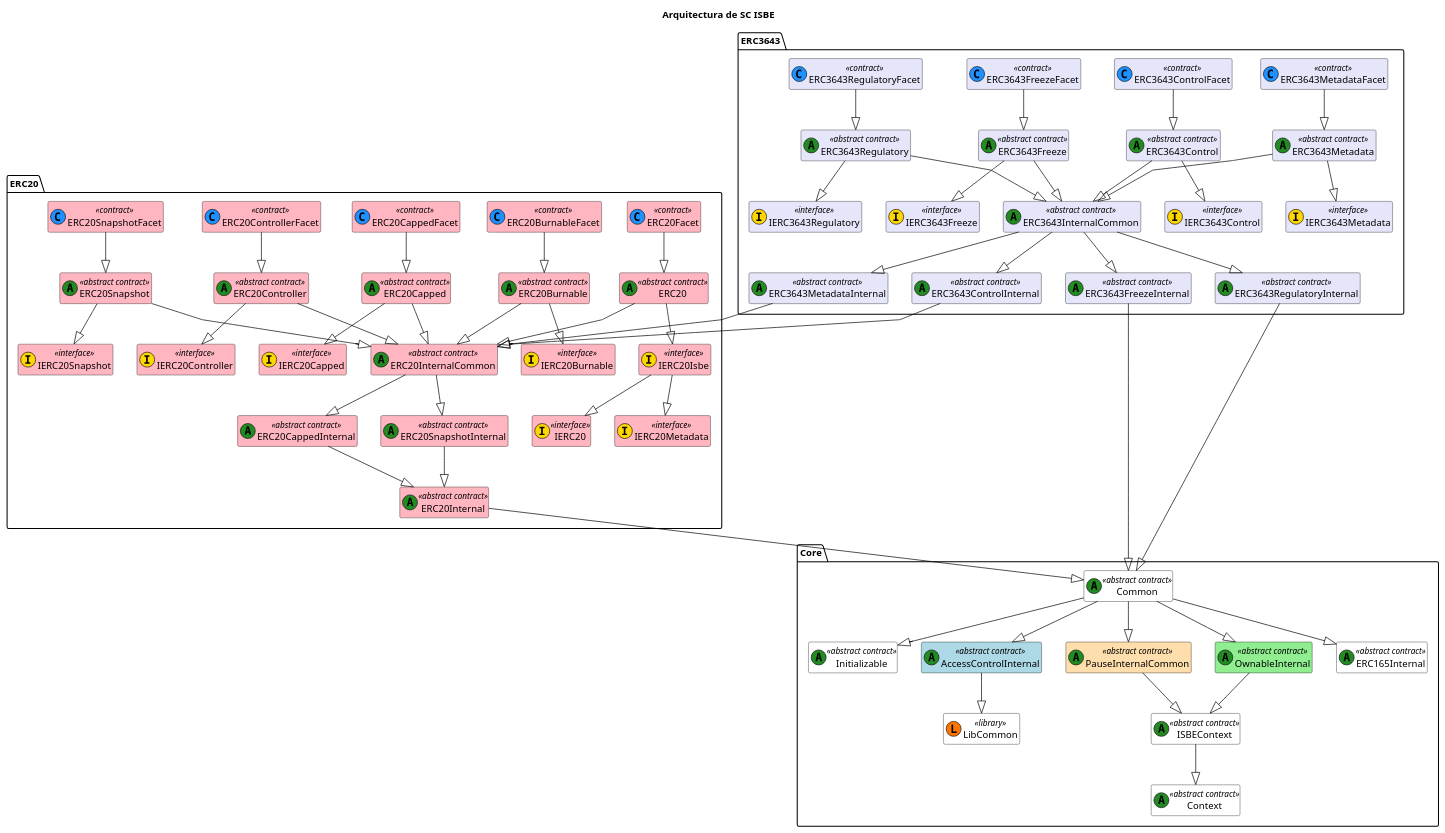
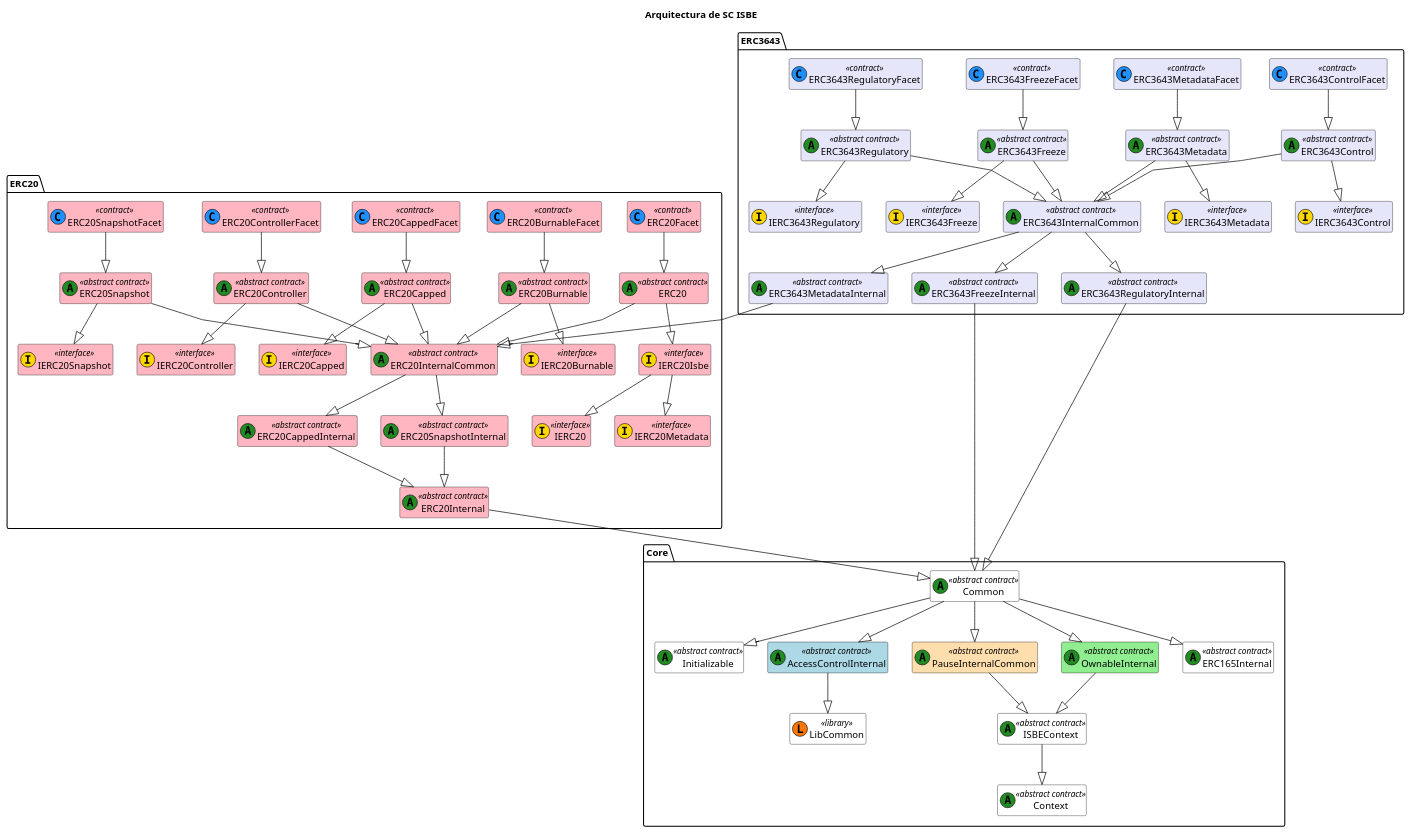
One commit to red-isbe/isbe-contracts changed the diagram in docs/diagrams/ISBE-SC-UML-Global-Functional_3.puml. Above: the diagram before and after it, drawn with PlantUML. The commit also changed 1 other file, not shown here.

Commit message:
update uml diagram

```diff
--- a/docs/diagrams/ISBE-SC-UML-Global-Functional_3.puml
+++ b/docs/diagrams/ISBE-SC-UML-Global-Functional_3.puml
@@ -1,149 +1,146 @@
 @startuml
 title Arquitectura de SC ISBE
 
 skinparam class {
     BackgroundColor White
     ArrowColor Black
     BorderColor Black
 }
 skinparam linetype polyline
 hide empty members
 
 ' === CORE ===
 package "Core" {
     class Initializable <<(A,#228b22) abstract contract>>
     class Common <<(A,#228b22) abstract contract>>
     class LibCommon << (L,#FF7700) library >>
     class ISBEContext <<(A,#228b22) abstract contract>>
     class AccessControlInternal <<(A,#228b22) abstract contract>> #lightblue
     class PauseInternalCommon <<(A,#228b22) abstract contract>> #FFDEAD
     class OwnableInternal <<(A,#228b22) abstract contract>> #lightgreen
     class ERC165Internal <<(A,#228b22) abstract contract>>
     class Context <<(A,#228b22) abstract contract>>
 
     Common --|> Initializable
     Common --|> ERC165Internal
     Common --|> AccessControlInternal
     Common --|> OwnableInternal
     Common --|> PauseInternalCommon
     PauseInternalCommon --|> ISBEContext
     OwnableInternal --|> ISBEContext
     ISBEContext --|> Context
     AccessControlInternal --|> LibCommon
 }
 
 
 ' === ERC20 ===
 package "ERC20" {
     class IERC20 <<(I,#FFD700) interface>> #FFB6C1
     class IERC20Metadata <<(I,#FFD700) interface>> #FFB6C1
     class IERC20Isbe <<(I,#FFD700) interface>> #FFB6C1
     class IERC20Burnable <<(I,#FFD700) interface>> #FFB6C1
     class IERC20Capped <<(I,#FFD700) interface>> #FFB6C1
     class IERC20Controller <<(I,#FFD700) interface>> #FFB6C1
     class IERC20Snapshot <<(I,#FFD700) interface>> #FFB6C1
 
     class ERC20 <<(A,#228B22) abstract contract>> #FFB6C1
     class ERC20Facet <<(C,#1E90FF) contract>> #FFB6C1
     class ERC20Internal <<(A,#228B22) abstract contract>> #FFB6C1
     class ERC20InternalCommon <<(A,#228B22) abstract contract>> #FFB6C1
 
     class ERC20Burnable <<(A,#228B22) abstract contract>> #FFB6C1
     class ERC20BurnableFacet <<(C,#1E90FF) contract>> #FFB6C1
 
     class ERC20Capped <<(A,#228B22) abstract contract>> #FFB6C1
     class ERC20CappedFacet <<(C,#1E90FF) contract>> #FFB6C1
     class ERC20CappedInternal <<(A,#228B22) abstract contract>> #FFB6C1
 
     class ERC20Controller <<(A,#228B22) abstract contract>> #FFB6C1
     class ERC20ControllerFacet <<(C,#1E90FF) contract>> #FFB6C1
 
     class ERC20Snapshot <<(A,#228B22) abstract contract>> #FFB6C1
     class ERC20SnapshotFacet <<(C,#1E90FF) contract>> #FFB6C1
     class ERC20SnapshotInternal <<(A,#228B22) abstract contract>> #FFB6C1
 
     ERC20 --|> IERC20Isbe
     IERC20Isbe --|> IERC20
     IERC20Isbe --|> IERC20Metadata
     ERC20 --|> ERC20InternalCommon
     ERC20InternalCommon --|> ERC20SnapshotInternal
     ERC20InternalCommon --|> ERC20CappedInternal
     ERC20Internal --|> Common
     ERC20Facet --|> ERC20
 
     ERC20Burnable --|> IERC20Burnable
     ERC20Burnable --|> ERC20InternalCommon
     ERC20BurnableFacet --|> ERC20Burnable
 
     ERC20Capped --|> IERC20Capped
     ERC20Capped --|> ERC20InternalCommon
     ERC20CappedFacet --|> ERC20Capped
     ERC20CappedInternal --|> ERC20Internal
 
     ERC20Controller --|> IERC20Controller
     ERC20Controller --|> ERC20InternalCommon
     ERC20ControllerFacet --|> ERC20Controller
 
     ERC20Snapshot --|> IERC20Snapshot
     ERC20Snapshot --|> ERC20InternalCommon
     ERC20SnapshotFacet --|> ERC20Snapshot
     ERC20SnapshotInternal --|> ERC20Internal
 }
 
 ' === ERC3643 ===
 package "ERC3643" {
 
     class ERC3643InternalCommon <<(A,#228B22) abstract contract>> #E6E6FA
 
+     ' --- Control ---
+    class IERC3643Control <<(I,#FFD700) interface>> #E6E6FA
+    class ERC3643Control <<(A,#228B22) abstract contract>> #E6E6FA
+    class ERC3643ControlFacet <<(C,#1E90FF) contract>> #E6E6FA
+
+    ERC3643ControlFacet --|> ERC3643Control
+    ERC3643Control --|> IERC3643Control 
+    ERC3643Control --|> ERC3643InternalCommon    
 
     ' --- Metadata ---
     class IERC3643Metadata <<(I,#FFD700) interface>> #E6E6FA
     class ERC3643MetadataInternal <<(A,#228B22) abstract contract>> #E6E6FA
     class ERC3643Metadata <<(A,#228B22) abstract contract>> #E6E6FA
     class ERC3643MetadataFacet <<(C,#1E90FF) contract>> #E6E6FA
 
     ERC3643MetadataFacet --|> ERC3643Metadata 
     ERC3643Metadata --|> IERC3643Metadata 
     ERC3643Metadata --|> ERC3643InternalCommon    
     ERC3643InternalCommon --|> ERC3643MetadataInternal 
     ERC3643MetadataInternal --|> ERC20InternalCommon 
 
-    ' --- Control ---
-    class IERC3643Control <<(I,#FFD700) interface>> #E6E6FA
-    class ERC3643ControlInternal <<(A,#228B22) abstract contract>> #E6E6FA
-    class ERC3643Control <<(A,#228B22) abstract contract>> #E6E6FA
-    class ERC3643ControlFacet <<(C,#1E90FF) contract>> #E6E6FA
-
-    ERC3643ControlFacet --|> ERC3643Control
-    ERC3643Control --|> IERC3643Control 
-    ERC3643Control --|> ERC3643InternalCommon    
-    ERC3643InternalCommon --|> ERC3643ControlInternal 
-    ERC3643ControlInternal --|> ERC20InternalCommon 
 
     ' --- Freeze ---
     class IERC3643Freeze <<(I,#FFD700) interface>> #E6E6FA
     class ERC3643FreezeInternal <<(A,#228B22) abstract contract>> #E6E6FA
     class ERC3643Freeze <<(A,#228B22) abstract contract>> #E6E6FA
     class ERC3643FreezeFacet <<(C,#1E90FF) contract>> #E6E6FA
 
     ERC3643FreezeFacet --|> ERC3643Freeze
     ERC3643Freeze --|> IERC3643Freeze
     ERC3643Freeze --|> ERC3643InternalCommon    
     ERC3643InternalCommon --|> ERC3643FreezeInternal
     ERC3643FreezeInternal --|> Common
     
     ' --- Regulatory Infrastructure ---
     class IERC3643Regulatory <<(I,#FFD700) interface>> #E6E6FA
     class ERC3643RegulatoryInternal <<(A,#228B22) abstract contract>> #E6E6FA
     class ERC3643Regulatory <<(A,#228B22) abstract contract>> #E6E6FA
     class ERC3643RegulatoryFacet <<(C,#1E90FF) contract>> #E6E6FA
     
     ERC3643RegulatoryFacet --|> ERC3643Regulatory
     ERC3643Regulatory --|> IERC3643Regulatory
     ERC3643Regulatory --|> ERC3643InternalCommon    
     ERC3643InternalCommon --|> ERC3643RegulatoryInternal
     ERC3643RegulatoryInternal --|> Common
 
     
 }
 @enduml
```
